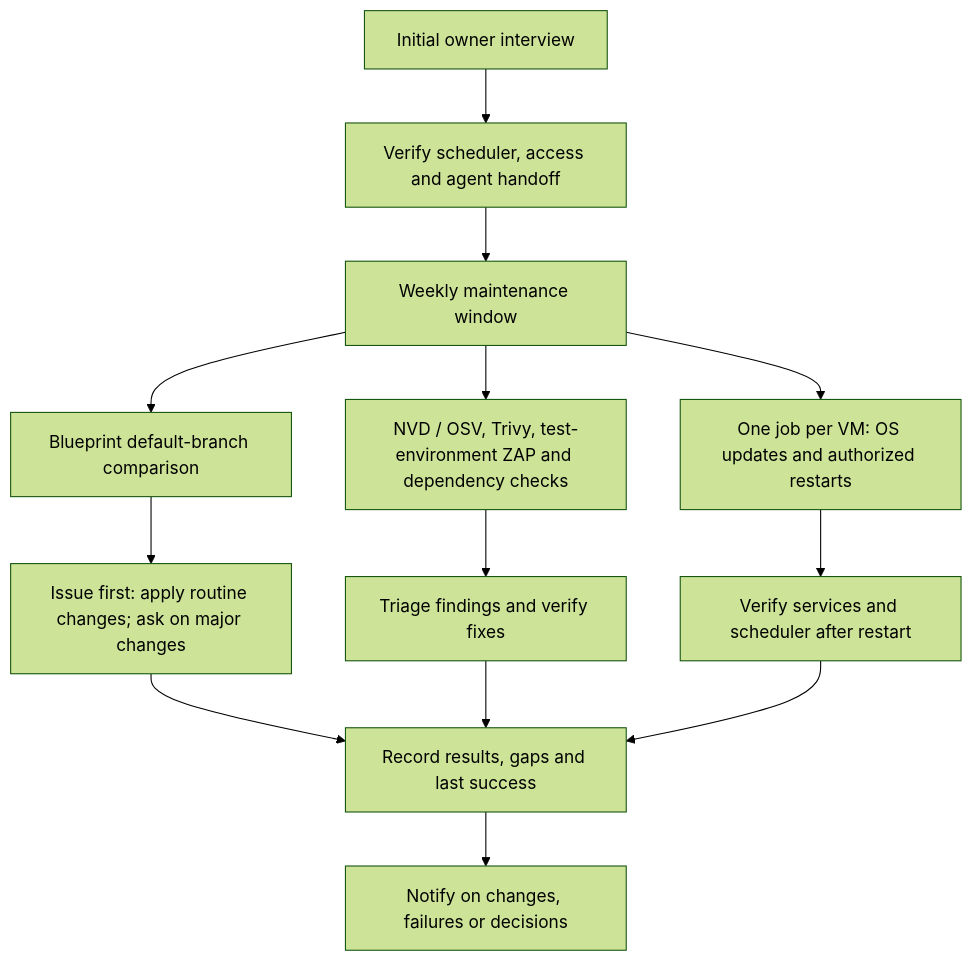
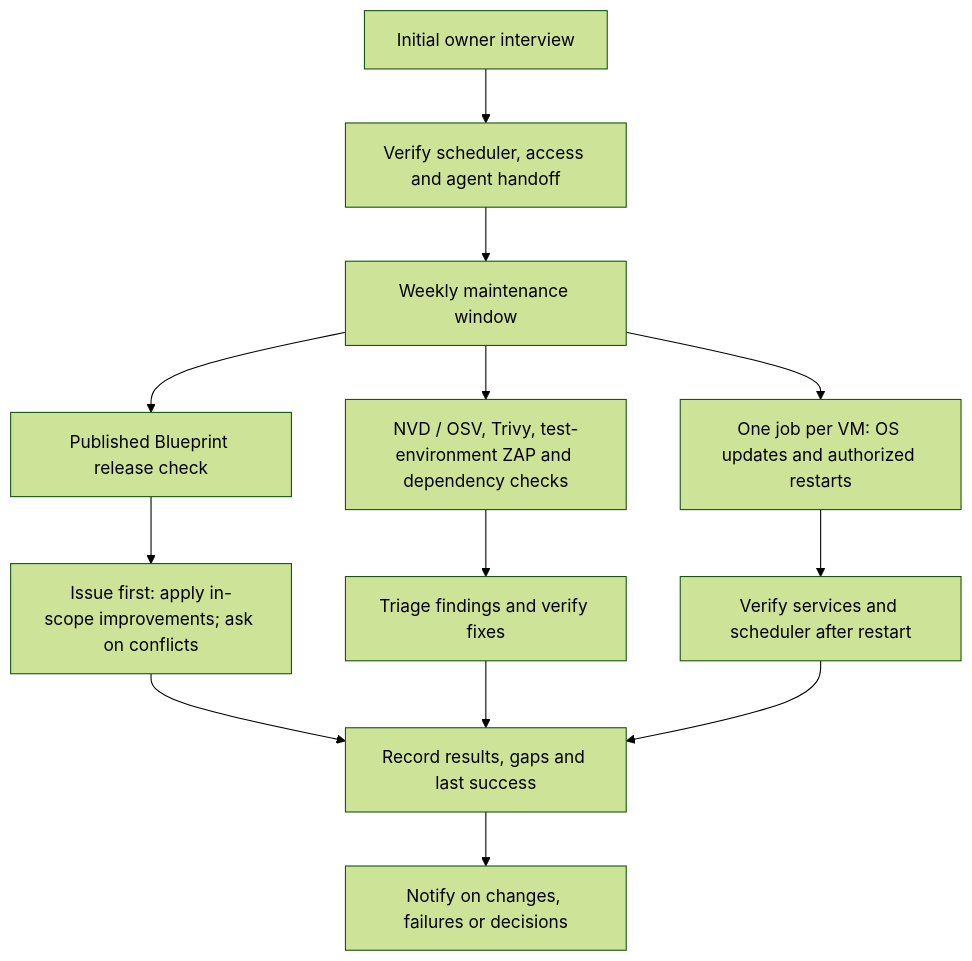
Before and after one commit to shrocktech/project-blueprint: the diagram in README.md, drawn with Mermaid (forest theme). The commit also changed other lines of this file and 12 other files, not shown here.

````diff
--- a/README.md
+++ b/README.md
@@ -157,15 +157,15 @@
 ```mermaid
 flowchart TD
     A[Initial owner interview] --> B[Verify scheduler, access and agent handoff]
     B --> C[Weekly maintenance window]
-    C --> D[Blueprint default-branch comparison]
+    C --> D[Published Blueprint release check]
     C --> E[NVD / OSV, Trivy, test-environment ZAP and dependency checks]
     C --> F[One job per VM: OS updates and authorized restarts]
-    D --> G[Issue first: apply routine changes; ask on major changes]
+    D --> G[Issue first: apply in-scope improvements; ask on conflicts]
     E --> H[Triage findings and verify fixes]
     F --> I[Verify services and scheduler after restart]
     G --> J[Record results, gaps and last success]
     H --> J
     I --> J
     J --> K[Notify on changes, failures or decisions]
 ```
````
